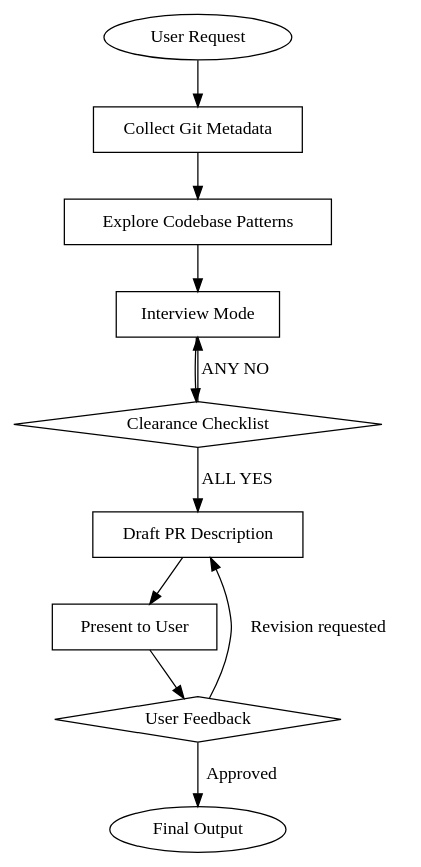
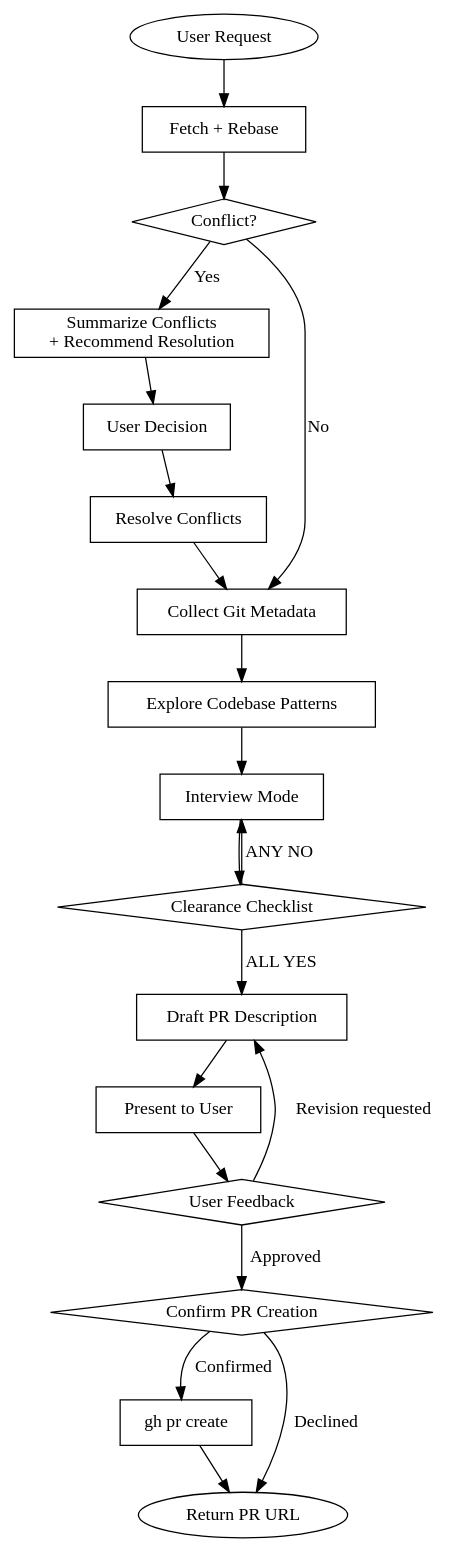
The diagram in skills/make-pr/SKILL.md (toongri/oh-my-toong-playground), drawn with Graphviz before and after one commit. The commit also changed other lines of this file and 1 other file, not shown here.

First line of the commit message:
feat: make-pr 스킬에 base branch rebase, 충돌 해결, PR 생성 기능 추가

````diff
--- a/skills/make-pr/SKILL.md
+++ b/skills/make-pr/SKILL.md
@@ -62,26 +61,42 @@
 ```dot
 digraph make_pr_flow {
     rankdir=TB;
 
     "User Request" [shape=ellipse];
+    "Fetch + Rebase" [shape=box];
+    "Conflict?" [shape=diamond];
+    "Summarize Conflicts\n+ Recommend Resolution" [shape=box];
+    "User Decision" [shape=box];
+    "Resolve Conflicts" [shape=box];
     "Collect Git Metadata" [shape=box];
     "Explore Codebase Patterns" [shape=box];
     "Interview Mode" [shape=box];
     "Clearance Checklist" [shape=diamond];
     "Draft PR Description" [shape=box];
     "Present to User" [shape=box];
     "User Feedback" [shape=diamond];
-    "Final Output" [shape=ellipse];
+    "Confirm PR Creation" [shape=diamond];
+    "gh pr create" [shape=box];
+    "Return PR URL" [shape=ellipse];
 
-    "User Request" -> "Collect Git Metadata";
+    "User Request" -> "Fetch + Rebase";
+    "Fetch + Rebase" -> "Conflict?";
+    "Conflict?" -> "Collect Git Metadata" [label="No"];
+    "Conflict?" -> "Summarize Conflicts\n+ Recommend Resolution" [label="Yes"];
+    "Summarize Conflicts\n+ Recommend Resolution" -> "User Decision";
+    "User Decision" -> "Resolve Conflicts";
+    "Resolve Conflicts" -> "Collect Git Metadata";
     "Collect Git Metadata" -> "Explore Codebase Patterns";
     "Explore Codebase Patterns" -> "Interview Mode";
     "Interview Mode" -> "Clearance Checklist";
     "Clearance Checklist" -> "Interview Mode" [label="ANY NO"];
     "Clearance Checklist" -> "Draft PR Description" [label="ALL YES"];
     "Draft PR Description" -> "Present to User";
     "Present to User" -> "User Feedback";
     "User Feedback" -> "Draft PR Description" [label="Revision requested"];
-    "User Feedback" -> "Final Output" [label="Approved"];
+    "User Feedback" -> "Confirm PR Creation" [label="Approved"];
+    "Confirm PR Creation" -> "Return PR URL" [label="Declined"];
+    "Confirm PR Creation" -> "gh pr create" [label="Confirmed"];
+    "gh pr create" -> "Return PR URL";
 }
 ```
````
